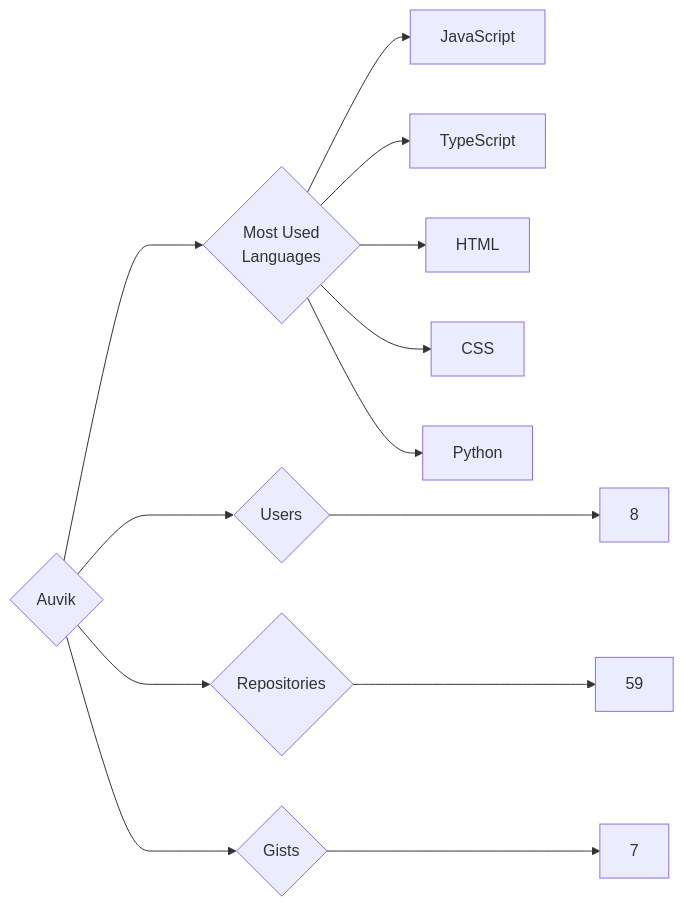
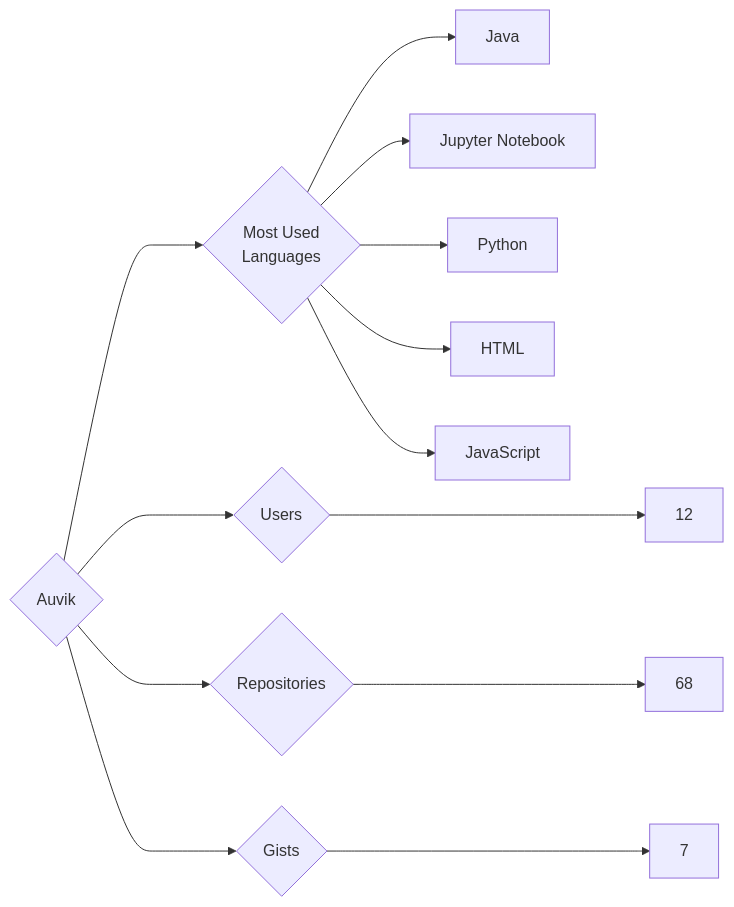
One commit to trickest/insiders changed the diagram in targets/Auvik/README.md. Above: the diagram before and after it, drawn with Mermaid. The commit also changed 914 other files, not shown here.

````diff
--- a/targets/Auvik/README.md
+++ b/targets/Auvik/README.md
@@ -3,13 +3,13 @@
 ```mermaid
 graph LR
 COMPANY_NAME{Auvik}
-COMPANY_NAME ---> U{Users} ---> UN[8]
-COMPANY_NAME ---> R{Repositories} ---> RN[59]
+COMPANY_NAME ---> U{Users} ---> UN[12]
+COMPANY_NAME ---> R{Repositories} ---> RN[68]
 COMPANY_NAME ---> G{Gists} ---> GN[7]
 COMPANY_NAME ---> ML{Most Used<br>Languages}
+ML --> Java[Java]
+ML --> Jupyter_Notebook[Jupyter Notebook]
+ML --> Python[Python]
+ML --> HTML[HTML]
 ML --> JavaScript[JavaScript]
-ML --> TypeScript[TypeScript]
-ML --> HTML[HTML]
-ML --> CSS[CSS]
-ML --> Python[Python]
 ```
````
